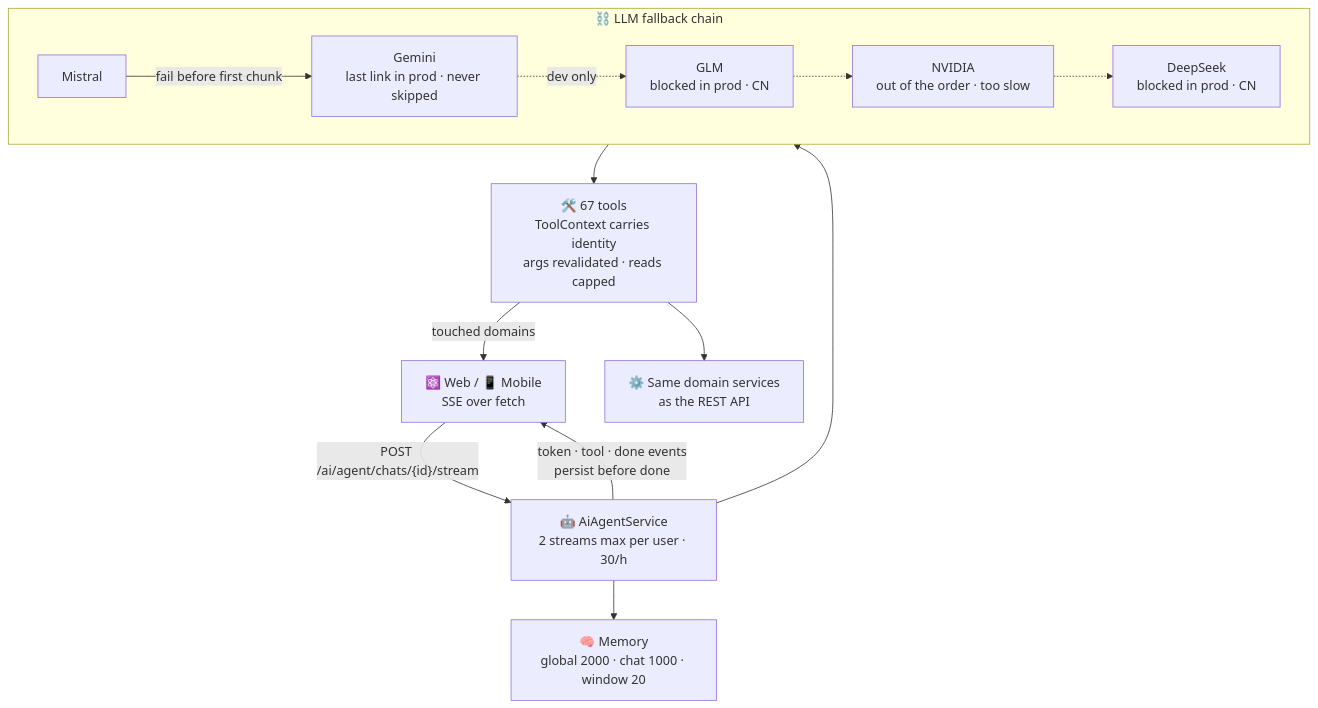
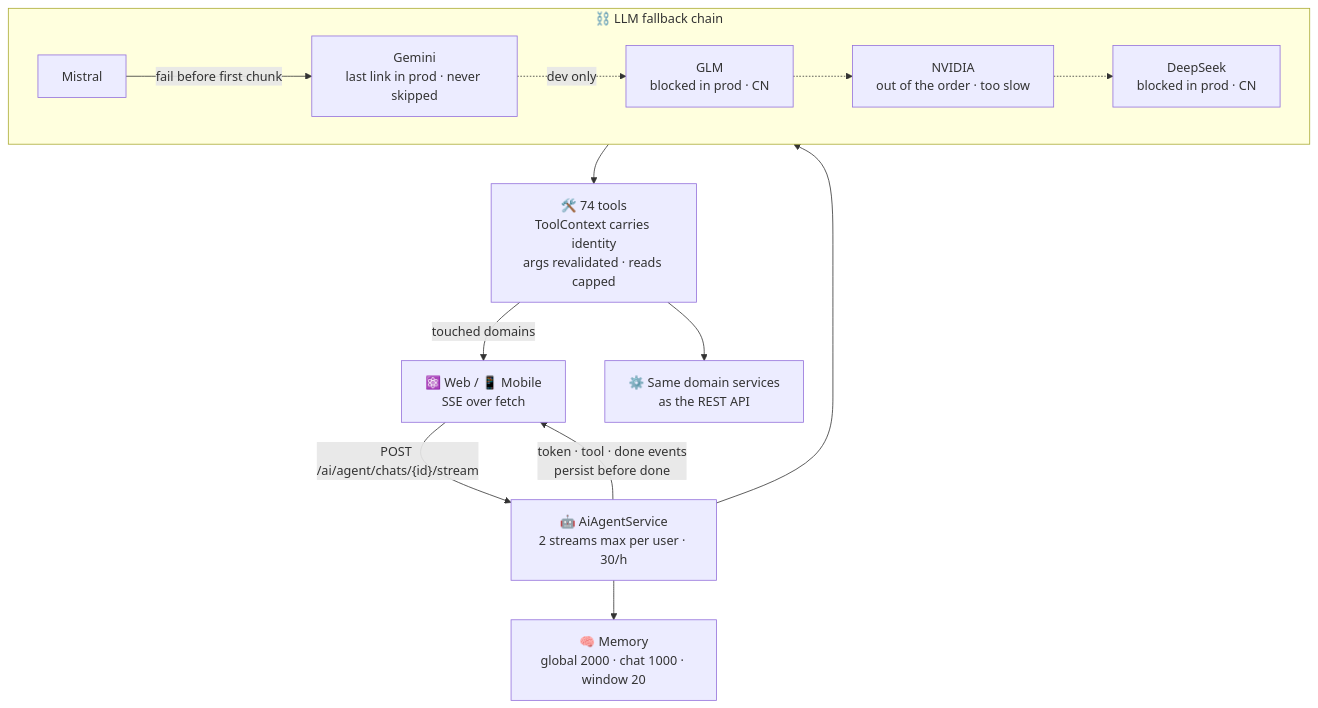
Before and after one commit to AndDev741/Beyou-arch-design: the diagram in architecture/ai-agent/diagram.mmd, drawn with Mermaid. The commit also changed 6 other files, not shown here.

```diff
--- a/architecture/ai-agent/diagram.mmd
+++ b/architecture/ai-agent/diagram.mmd
@@ -1,19 +1,19 @@
 flowchart TD
   C["⚛️ Web / 📱 Mobile<br/>SSE over fetch"]
   C -->|"POST /ai/agent/chats/{id}/stream"| SVC["🤖 AiAgentService<br/>2 streams max per user · 30/h"]
 
   SVC --> MEM["🧠 Memory<br/>global 2000 · chat 1000 · window 20"]
   SVC --> CHAIN["⛓️ Fallback chain"]
 
   subgraph CHAIN["⛓️ LLM fallback chain"]
     P1["Mistral"] -->|"fail before first chunk"| P2["Gemini<br/>last link in prod · never skipped"]
     P2 -.->|"dev only"| P3["GLM<br/>blocked in prod · CN"]
     P3 -.-> P4["NVIDIA<br/>out of the order · too slow"]
     P4 -.-> P5["DeepSeek<br/>blocked in prod · CN"]
   end
 
-  CHAIN --> TOOLS["🛠️ 67 tools<br/>ToolContext carries identity<br/>args revalidated · reads capped"]
+  CHAIN --> TOOLS["🛠️ 74 tools<br/>ToolContext carries identity<br/>args revalidated · reads capped"]
   TOOLS --> DOM["⚙️ Same domain services<br/>as the REST API"]
 
   SVC -->|"token · tool · done events<br/>persist before done"| C
   TOOLS -->|"touched domains"| C
```
